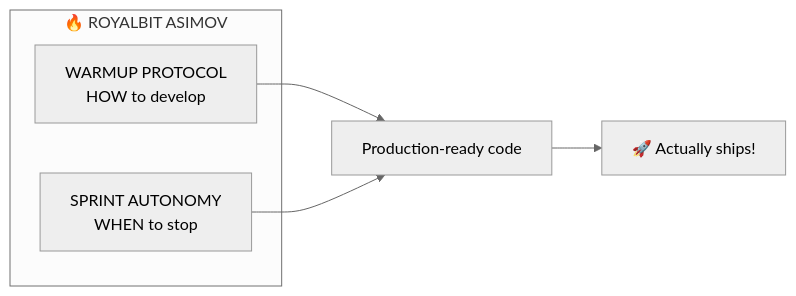
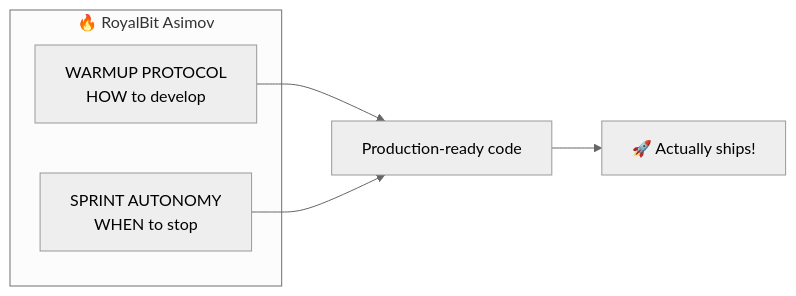
One commit to royalbit/asimov changed the second of 3 diagrams in docs/stories/AI-PROMOTION-STORY.md. Above: the diagram before and after it, drawn with Mermaid (neutral theme). The commit also changed other lines of this file and 13 other files, not shown here.

````diff
--- a/docs/stories/AI-PROMOTION-STORY.md
+++ b/docs/stories/AI-PROMOTION-STORY.md
@@ -693,10 +693,10 @@
 ```mermaid
 graph LR
-    subgraph suite["🔥 ROYALBIT ASIMOV"]
+    subgraph suite["🔥 RoyalBit Asimov"]
         W["WARMUP PROTOCOL<br/>HOW to develop"]
         S["SPRINT AUTONOMY<br/>WHEN to stop"]
     end
     W --> R["Production-ready code"]
     S --> R
     R --> Ship["🚀 Actually ships!"]
 ```
````
